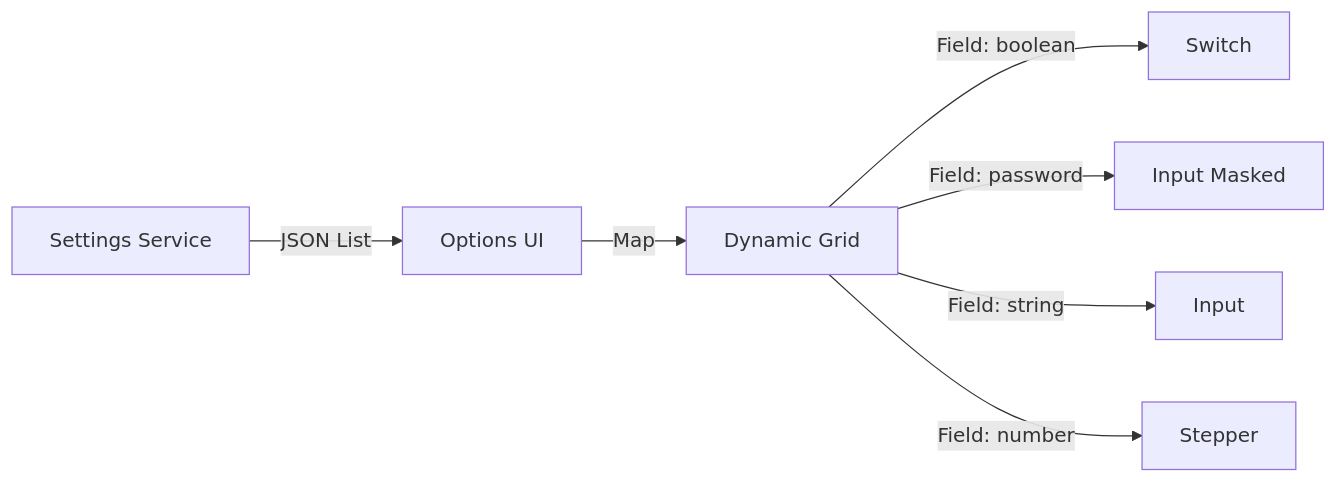
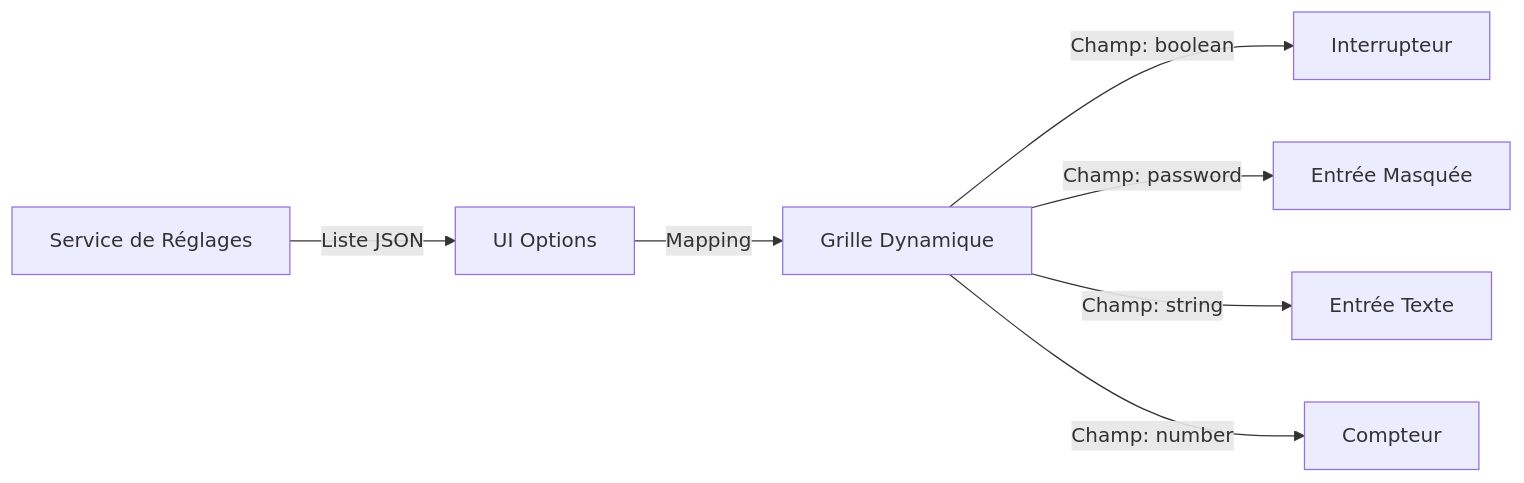
The diagram in docs/technical_sheets/05_admin_hub_ui.md (kchami77/rgaa-extractor), drawn with Mermaid before and after one commit. The commit also changed other lines of this file and 4 other files, not shown here.

````diff
--- a/docs/technical_sheets/05_admin_hub_ui.md
+++ b/docs/technical_sheets/05_admin_hub_ui.md
@@ -12,9 +12,9 @@
 ```mermaid
 graph LR
-    API[Settings Service] -->|JSON List| UI[Options UI]
-    UI -->|Map| Form[Dynamic Grid]
-    Form -->|Field: boolean| Toggle[Switch]
-    Form -->|Field: password| Secret[Input Masked]
-    Form -->|Field: string| Text[Input]
-    Form -->|Field: number| Num[Stepper]
+    API[Service de Réglages] -->|Liste JSON| UI[UI Options]
+    UI -->|Mapping| Form[Grille Dynamique]
+    Form -->|Champ: boolean| Toggle[Interrupteur]
+    Form -->|Champ: password| Secret[Entrée Masquée]
+    Form -->|Champ: string| Text[Entrée Texte]
+    Form -->|Champ: number| Num[Compteur]
 ```
````
